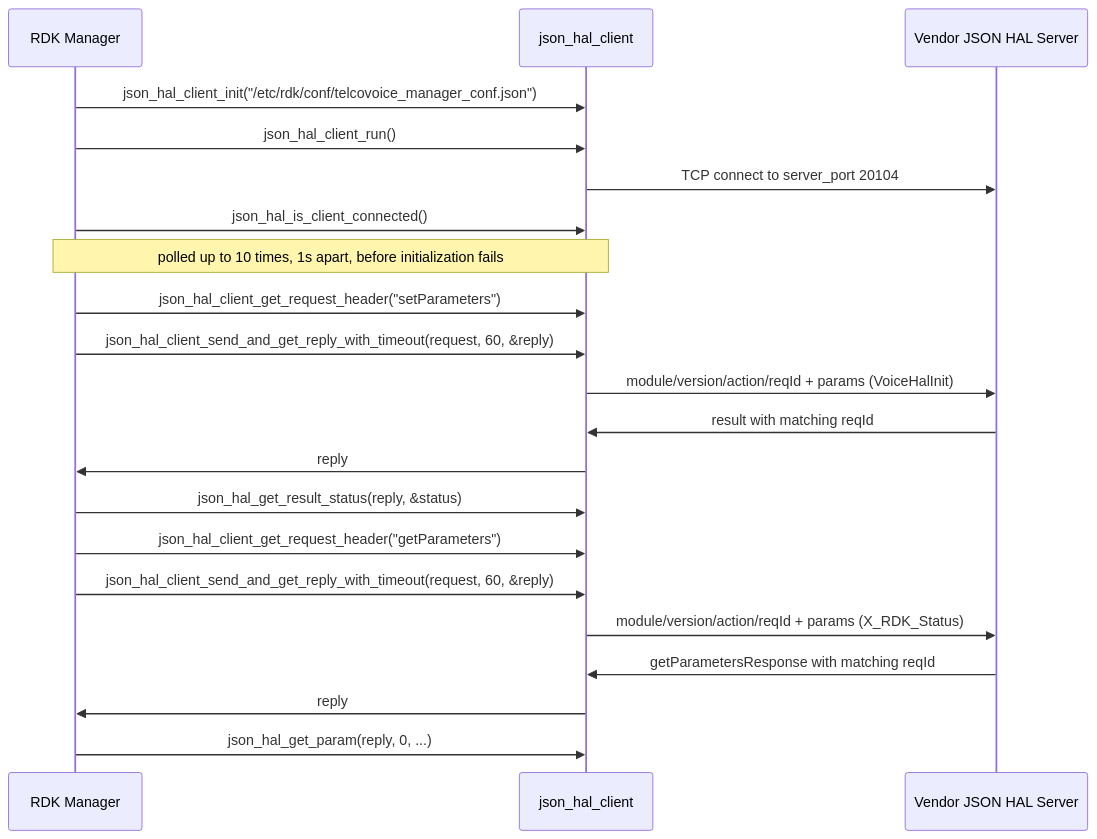
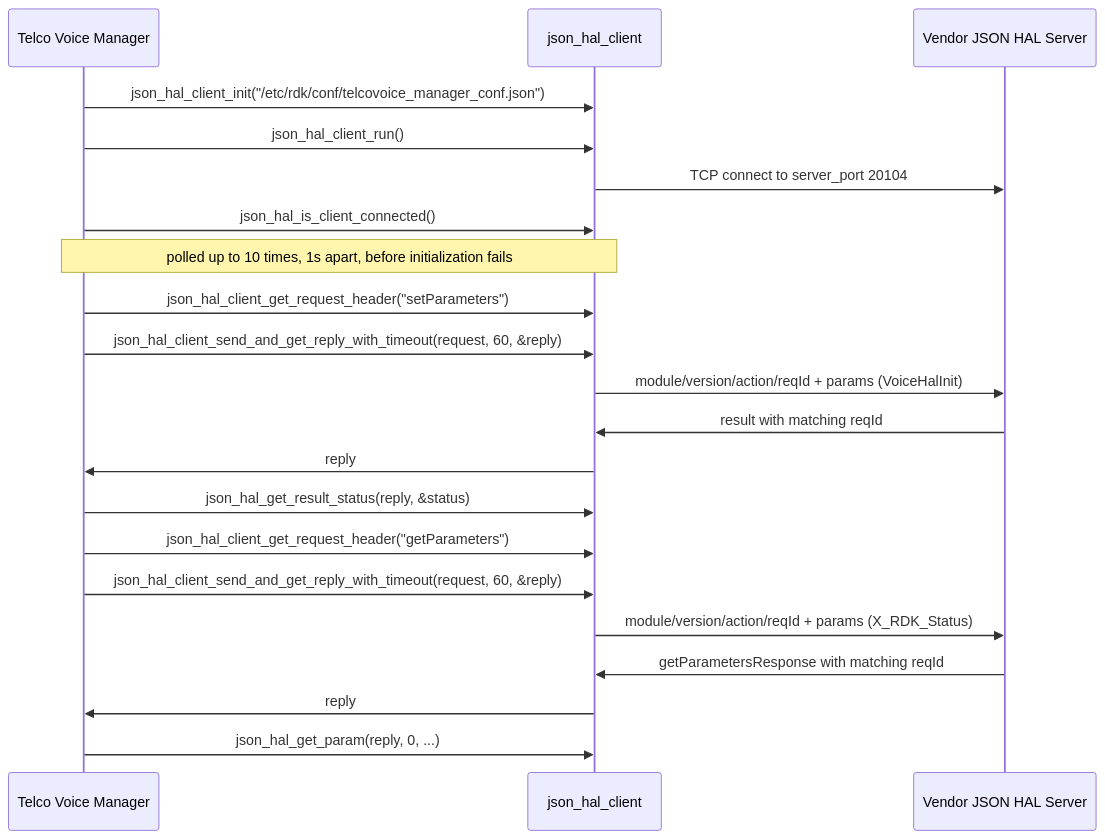
The second of 2 diagrams in docs/pages/VoiceHalSpec.md (rdkcentral/rdkb-halif-voice), drawn with Mermaid before and after one commit. The commit also changed other lines of this file, not shown here.

First line of the commit message:
RDKHAL-7 - Create Telco Voice HAL specification and add HAL schema

````diff
--- a/docs/pages/VoiceHalSpec.md
+++ b/docs/pages/VoiceHalSpec.md
@@ -1378,23 +845,23 @@
 ```mermaid
 sequenceDiagram
-    participant Mgr as RDK Manager
+    participant Mgr as Telco Voice Manager
     participant Cli as json_hal_client
     participant Srv as Vendor JSON HAL Server
     Mgr->>Cli: json_hal_client_init("/etc/rdk/conf/telcovoice_manager_conf.json")
     Mgr->>Cli: json_hal_client_run()
     Cli->>Srv: TCP connect to server_port 20104
     Mgr->>Cli: json_hal_is_client_connected()
     note over Mgr,Cli: polled up to 10 times, 1s apart, before initialization fails
     Mgr->>Cli: json_hal_client_get_request_header("setParameters")
     Mgr->>Cli: json_hal_client_send_and_get_reply_with_timeout(request, 60, &reply)
     Cli->>Srv: module/version/action/reqId + params (VoiceHalInit)
     Srv->>Cli: result with matching reqId
     Cli->>Mgr: reply
     Mgr->>Cli: json_hal_get_result_status(reply, &status)
     Mgr->>Cli: json_hal_client_get_request_header("getParameters")
     Mgr->>Cli: json_hal_client_send_and_get_reply_with_timeout(request, 60, &reply)
     Cli->>Srv: module/version/action/reqId + params (X_RDK_Status)
     Srv->>Cli: getParametersResponse with matching reqId
     Cli->>Mgr: reply
     Mgr->>Cli: json_hal_get_param(reply, 0, ...)
 ```
````
